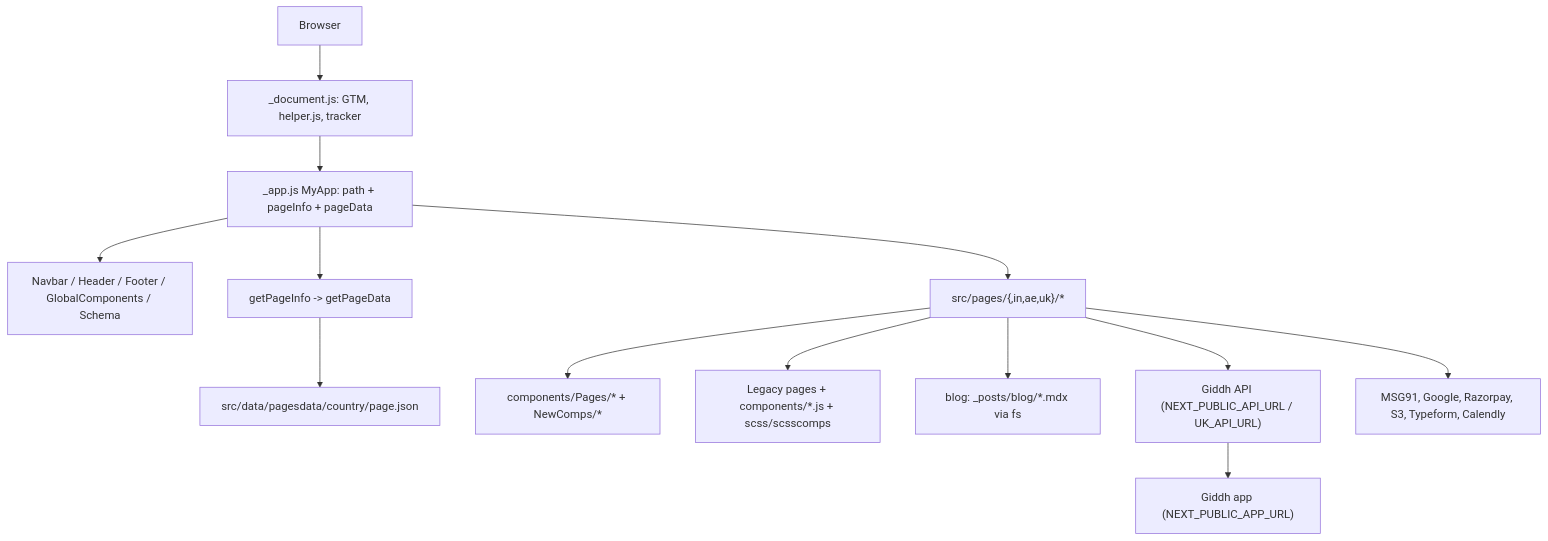
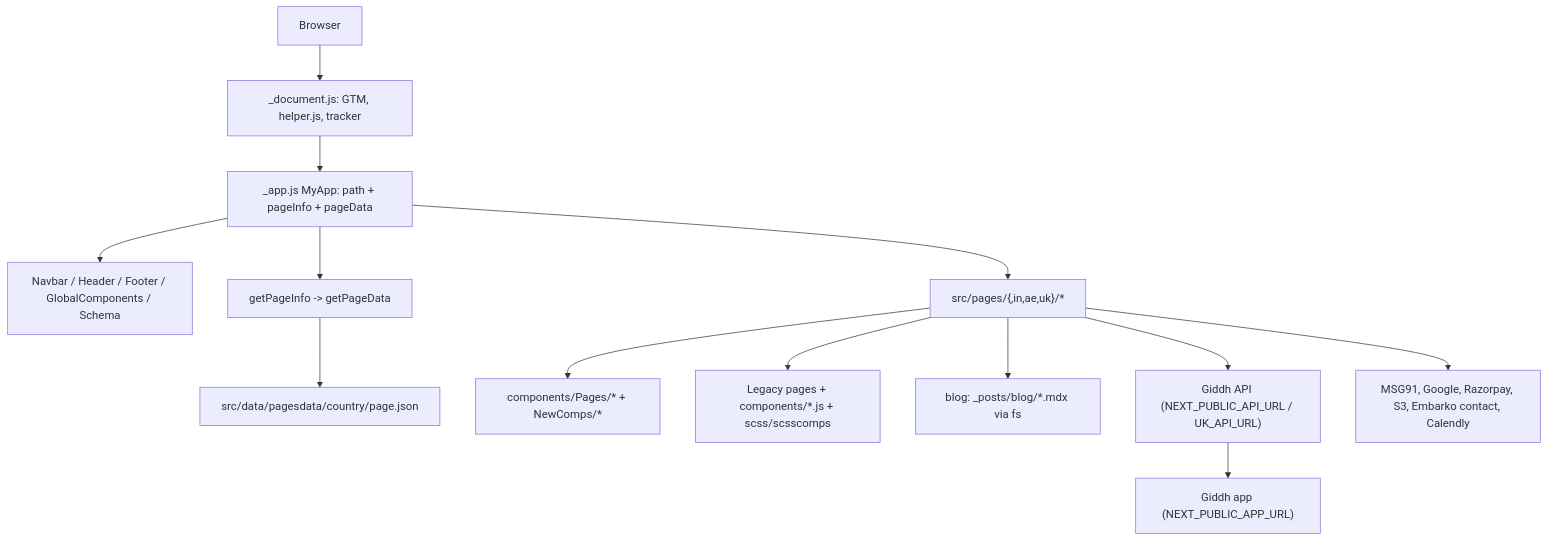
The diagram in docs/ARCHITECTURE.md (Walkover-Web-Solution/Giddh-Website), drawn with Mermaid before and after one commit. The commit also changed other lines of this file and 15 other files, not shown here.

Commit message:
Replace Typeform with Embarko contact app

````diff
--- a/docs/ARCHITECTURE.md
+++ b/docs/ARCHITECTURE.md
@@ -12,15 +12,15 @@
 ```mermaid
 graph TD
     Browser["Browser"] --> Doc["_document.js: GTM, helper.js, tracker"]
     Doc --> App["_app.js MyApp: path + pageInfo + pageData"]
     App --> Chrome["Navbar / Header / Footer / GlobalComponents / Schema"]
     App --> Pages["src/pages/{,in,ae,uk}/*"]
     App --> PD["getPageInfo -> getPageData"]
     PD --> JSON["src/data/pagesdata/country/page.json"]
     Pages --> PageComps["components/Pages/* + NewComps/*"]
     Pages --> Legacy["Legacy pages + components/*.js + scss/scsscomps"]
     Pages --> Blog["blog: _posts/blog/*.mdx via fs"]
     Pages --> API["Giddh API (NEXT_PUBLIC_API_URL / UK_API_URL)"]
-    Pages --> Third["MSG91, Google, Razorpay, S3, Typeform, Calendly"]
+    Pages --> Third["MSG91, Google, Razorpay, S3, Embarko contact, Calendly"]
     API --> GApp["Giddh app (NEXT_PUBLIC_APP_URL)"]
 ```
````
